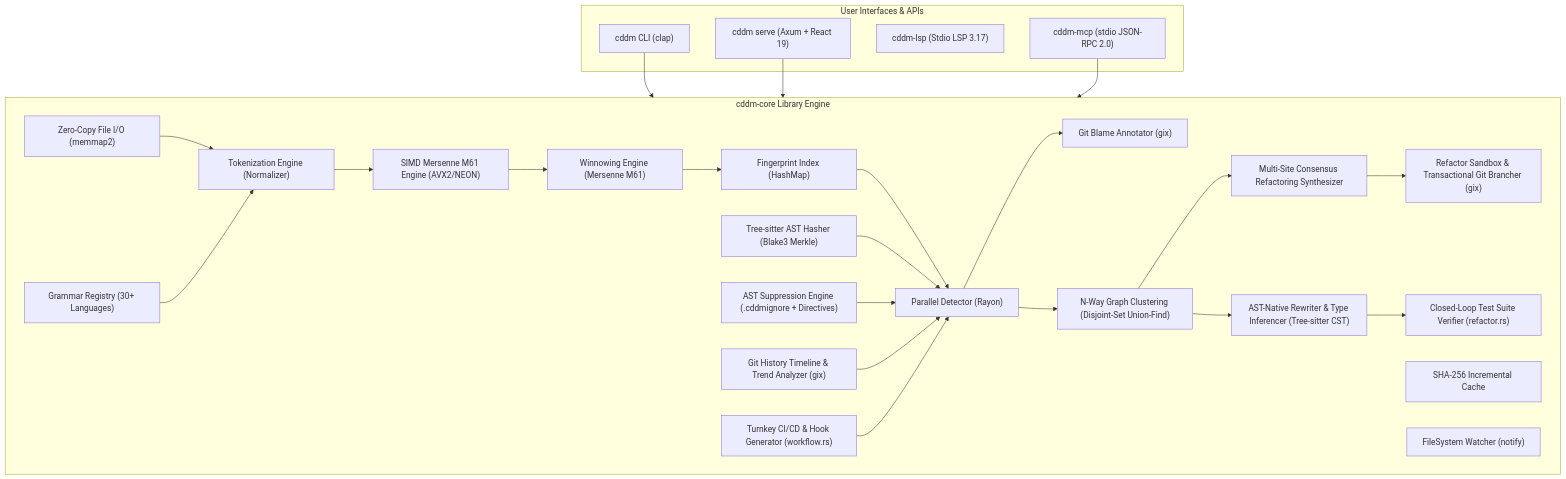
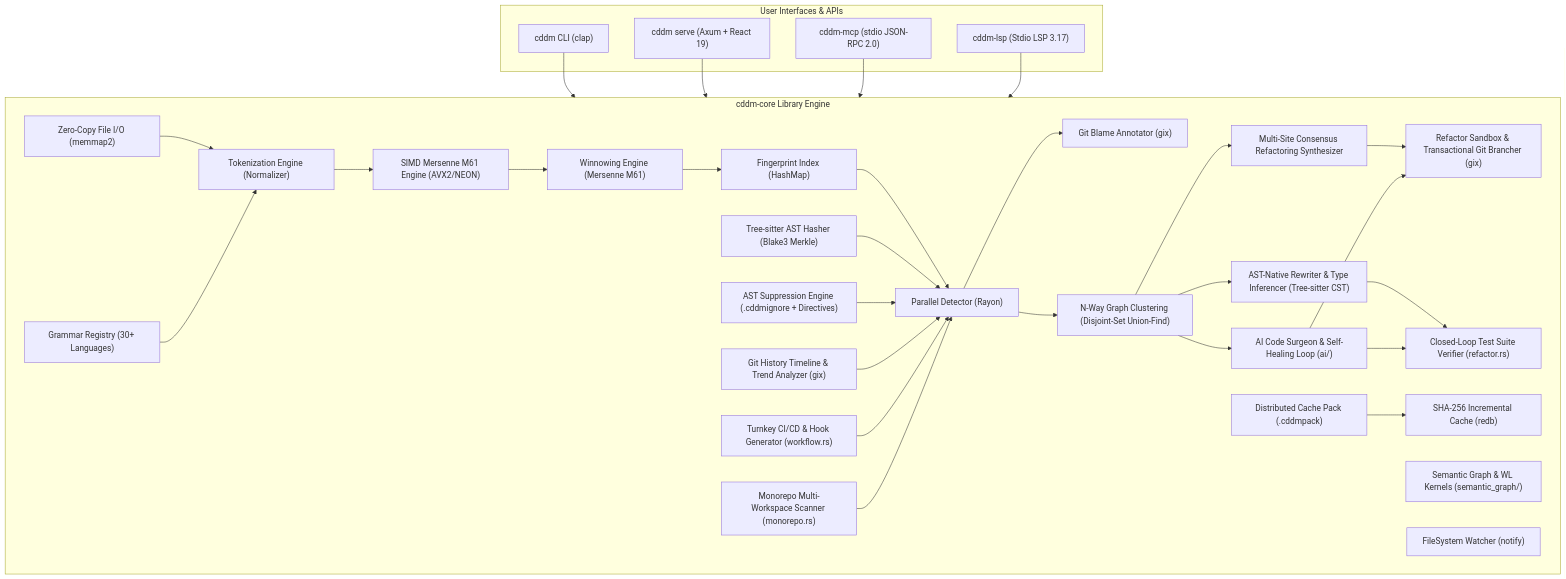
One commit to GrigorTonikyan/cddm changed the first of 2 diagrams in docs/ARCHITECTURE.md. Above: the diagram before and after it, drawn with Mermaid. The commit also changed 56 other files, not shown here.

First line of the commit message:
feat(core): implement ai surgeon, semantic graph, and cache packs

````diff
--- a/docs/ARCHITECTURE.md
+++ b/docs/ARCHITECTURE.md
@@ -7,52 +7,62 @@
 ```mermaid
 graph TD
     subgraph UI ["User Interfaces & APIs"]
         CLI["cddm CLI (clap)"]
         Serve["cddm serve (Axum + React 19)"]
         LSP["cddm-lsp (Stdio LSP 3.17)"]
         MCP["cddm-mcp (stdio JSON-RPC 2.0)"]
     end
 
     subgraph Core ["cddm-core Library Engine"]
         IO["Zero-Copy File I/O (memmap2)"]
         Grammar["Grammar Registry (30+ Languages)"]
         Tokenizer["Tokenization Engine (Normalizer)"]
         SIMD["SIMD Mersenne M61 Engine (AVX2/NEON)"]
         Winnow["Winnowing Engine (Mersenne M61)"]
         AST["Tree-sitter AST Hasher (Blake3 Merkle)"]
         Index["Fingerprint Index (HashMap)"]
         Detector["Parallel Detector (Rayon)"]
         Suppression["AST Suppression Engine (.cddmignore + Directives)"]
         Blame["Git Blame Annotator (gix)"]
         Cluster["N-Way Graph Clustering (Disjoint-Set Union-Find)"]
         Refactor["Multi-Site Consensus Refactoring Synthesizer"]
         AstRewrite["AST-Native Rewriter & Type Inferencer (Tree-sitter CST)"]
         VerifyEngine["Closed-Loop Test Suite Verifier (refactor.rs)"]
         Sandbox["Refactor Sandbox & Transactional Git Brancher (gix)"]
         Timeline["Git History Timeline & Trend Analyzer (gix)"]
         Workflow["Turnkey CI/CD & Hook Generator (workflow.rs)"]
-        Cache["SHA-256 Incremental Cache"]
+        AiEngine["AI Code Surgeon & Self-Healing Loop (ai/)"]
+        SemanticGraph["Semantic Graph & WL Kernels (semantic_graph/)"]
+        MonorepoEngine["Monorepo Multi-Workspace Scanner (monorepo.rs)"]
+        CachePack["Distributed Cache Pack (.cddmpack)"]
+        Cache["SHA-256 Incremental Cache (redb)"]
         Watcher["FileSystem Watcher (notify)"]
     end
 
     CLI --> Core
     Serve --> Core
     MCP --> Core
+    LSP --> Core
 
     IO --> Tokenizer
     Grammar --> Tokenizer
     Tokenizer --> SIMD
     SIMD --> Winnow
     Winnow --> Index
     Index --> Detector
     AST --> Detector
     Suppression --> Detector
     Detector --> Blame
     Detector --> Cluster
     Cluster --> Refactor
     Cluster --> AstRewrite
+    Cluster --> AiEngine
     Refactor --> Sandbox
     AstRewrite --> VerifyEngine
+    AiEngine --> VerifyEngine
+    AiEngine --> Sandbox
     Timeline --> Detector
     Workflow --> Detector
+    MonorepoEngine --> Detector
+    CachePack --> Cache
 ```
````
